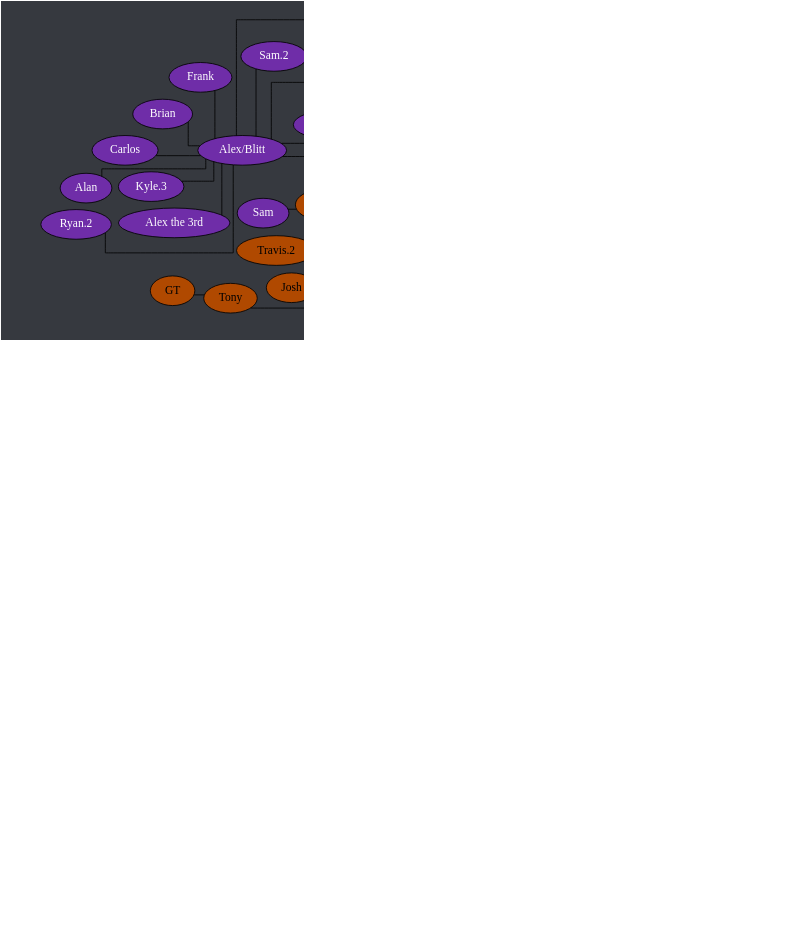
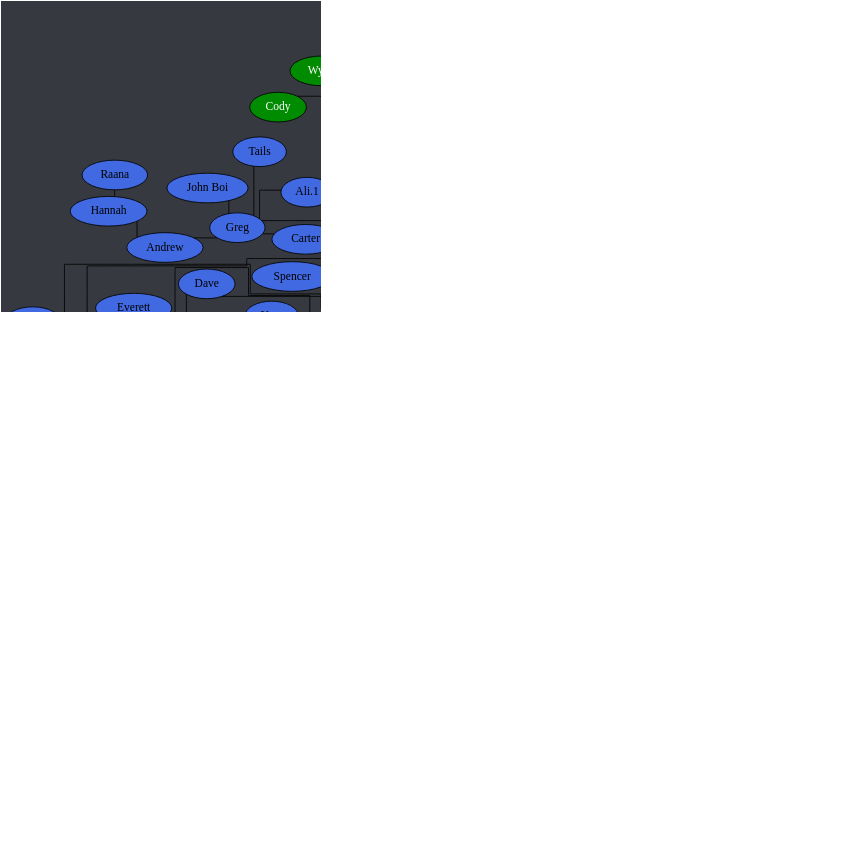
One commit to Documidas/CoronaCatzFamilyTree changed the diagram in tree.dot. Above: the diagram before and after it, drawn with Graphviz. The commit also changed 1 other file, not shown here.

```diff
--- a/tree.dot
+++ b/tree.dot
@@ -1,169 +1,170 @@
 strict graph {
 	// Layout Configuration
 	layout = neato;
 	dpi = 200;
 	epsilon = 0.01;
 	mode = major;
 	model = subset;
 	overlap = false;
 	splines = ortho;
 	start = rand;
 
 	// Visual Configuration
 	graph [ truecolor=true bgcolor="#36393f" ];
 	node [ style=filled fillcolor="gray" fontcolor="black" ];
 
 	subgraph "Joel" {
 		node [ style=filled fillcolor="firebrick4" fontcolor="white" ];
 		Joel [ style=filled fillcolor="gold" fontcolor="black" ];
 
 		Cayla -- "Ali.2";
 		Cayla -- Jonathan;
 		Cayla -- Kate;
 		Cayla -- Ranger;
 		Joel -- Anders;
 		Joel -- Cayla;
 		Joel -- Conner;
 		Joel -- Jared;
 		Joel -- Kat;
 		Joel -- Patrick;
 		Joel -- Steven;
 		Joel -- Zach;
 	}
 
 	subgraph "Anders" {
 		node [ style=filled fillcolor="green4" fontcolor="white" ];
 		// Anders [ style=filled fillcolor="green4" fontcolor="white" ];
 
 		Anders -- Chiara;
 		Anders -- Cody;
 		Anders -- Daniel;
 		Anders -- "Derek/Yaupon";
 		Anders -- DJ;
 		Anders -- Hahnur;
 		Anders -- Jen;
 		Anders -- Matt;
 		Anders -- Solis;
 		Anders -- Will;
 		Anders -- Wyatt;
 	}
 
 	subgraph "Jared" {
 		node [ style=filled fillcolor="royalblue" fontcolor="black" ];
 		// Jared [ style=filled fillcolor="royalblue" fontcolor="black" ];
 
 		Andrew -- Hannah;
 		Dave -- Everett;
 		Donnie -- Bryan;
 		Donnie -- Troy;
 		Greg -- "Ali.1";
 		Greg -- Andrew;
 		Greg -- Carter;
 		Greg -- "John Boi";
 		Greg -- Tails;
 		Hannah -- Raana;
 		Jared -- Brandi;
 		Jared -- Dave;
 		Jared -- Donnie;
 		Jared -- Fabi;
 		Jared -- "Jack.2";
 		Jared -- Cole;
 		Jared -- Kamon;
 		Jared -- Greg;
 		Jared -- Isabelle;
 		Jared -- Mason;
 		Jared -- Mehmet;
 		Jared -- Nam;
 		Jared -- Shannon;
 		Jared -- Spencer;
 		Jared -- Tyler;
 		Jared -- "Zach/Laniakea";
 		Jared -- "Zöe";
 		Troy -- Drake;
 		Tyler -- Gaby;
 		"Zöe" -- Jasper;
 	}
 
 	subgraph "Zach/Laniakea" {
 		node [ style=filled fillcolor="#4eff2c" fontcolor="black" ];
 		// "Zach/Laniakea" [ style=filled fillcolor="#4eff2c" fontcolor="black" ];
 
 		"Caio.2" -- "Kyle.1";
 		"Caio.2" -- Lucas;
 		"Zach/Laniakea" -- Allen;
 		"Zach/Laniakea" -- "Caio.2";
 		"Zach/Laniakea" -- Colin;
 		"Zach/Laniakea" -- John;
 		"Zach/Laniakea" -- Logan;
 		"Zach/Laniakea" -- Kevin;
 		"Zach/Laniakea" -- "Kyle.0";
 		"Zach/Laniakea" -- Mike;
 		"Zach/Laniakea" -- "Ryan.1";
 	}
 
 	subgraph "John" {
 		node [ style=filled fillcolor="#c89b3c" fontcolor="black" ];
 		// John [ style=filled fillcolor="#c89b3c" fontcolor="black" ];
 
 		Haber -- "Derek/Nomad";
 		John -- Anna;
 		John -- Emily;
 		John -- Haber;
 		John -- Jay;
 		John -- Jack;
 		John -- Lara;
 		John -- Monarch;
 		John -- "Oliger/Leanza";
 		John -- Thomas;
 	}
 
 	subgraph "John-stream" {
 		// node [ style=filled fillcolor="#9147ff" fontcolor="black" ];
 		node [ style=filled fillcolor="#c89b3c" fontcolor="black" ];
 
 		John -- "Michael/Wheezy";
 	}
 
 	subgraph "Thomas" {
 		node [ style=filled fillcolor="#b04900" fontcolor="black" ];
 		// Thomas [ style=filled fillcolor="#b04900" fontcolor="black" ];
 
 		Thomas -- Alex;
+		Thomas -- Bob;
 		Thomas -- JD;
 		Thomas -- Josh;
 		Thomas -- Juan;
 		Thomas -- Taylor;
 		Thomas -- Tony;
 		Thomas -- "Travis.1";
 		Thomas -- "Travis.2";
 		Tony -- GT;
 	}
 
 	subgraph "Alex" {
 		node [ style=filled fillcolor="#6f2da8" fontcolor="white" ];
 		// Alex [ style=filled fillcolor="#6f2da8" fontcolor="black" ];
 
 		Alex -- "Alex/Blitt";
 		Alex -- "Da'Von";
 		Alex -- Sam;
 		"Alex/Blitt" -- Alan;
 		"Alex/Blitt" -- "Alex the 3rd";
 		"Alex/Blitt" -- Brian;
 		"Alex/Blitt" -- Carlos;
 		"Alex/Blitt" -- Chris;
 		"Alex/Blitt" -- Frank;
 		"Alex/Blitt" -- Gabriel;
 		"Alex/Blitt" -- "Kyle.3";
 		"Alex/Blitt" -- Laske;
 		"Alex/Blitt" -- "Ryan.2";
 		"Alex/Blitt" -- "Sam.2";
 		"Da'Von" -- Dalton;
 		"Da'Von" -- Dalyn;
 		"Da'Von" -- Kuri;
 		"Da'Von" -- Zellar;
 		Dalton -- Graysen;
 		Kuri -- Drew;
 		Kuri -- Jon;
 		Kuri -- Karma;
 	}
 }
```
